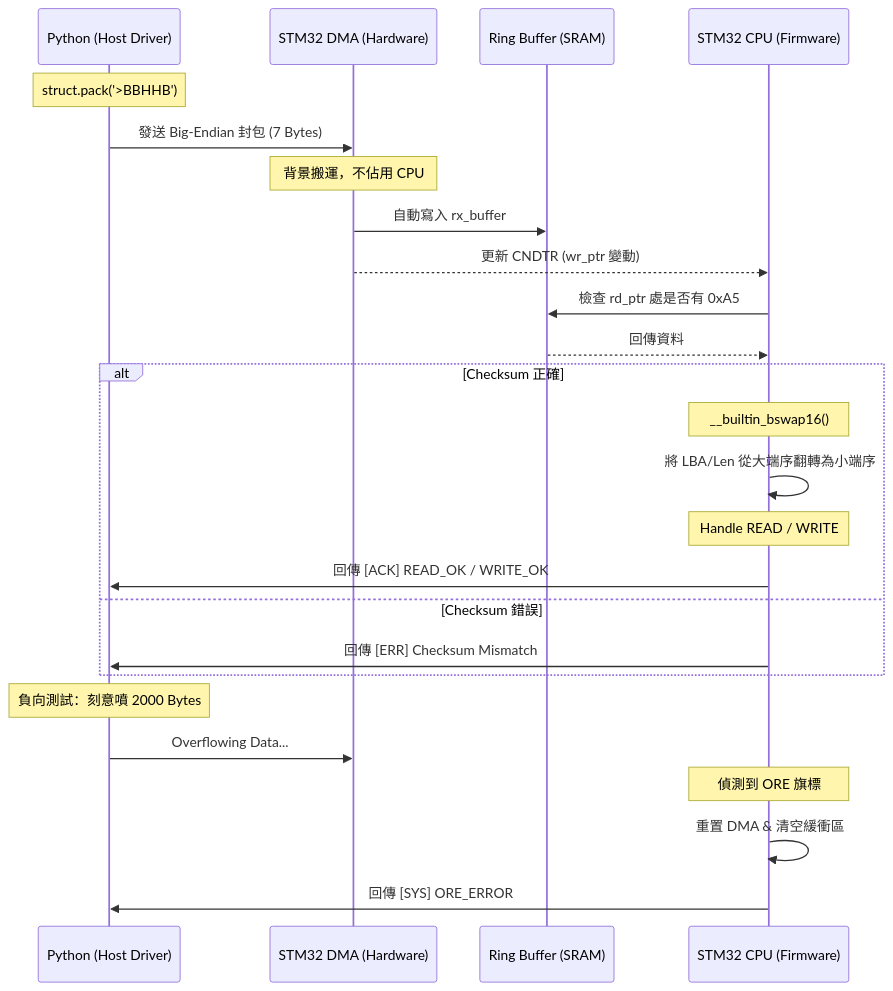
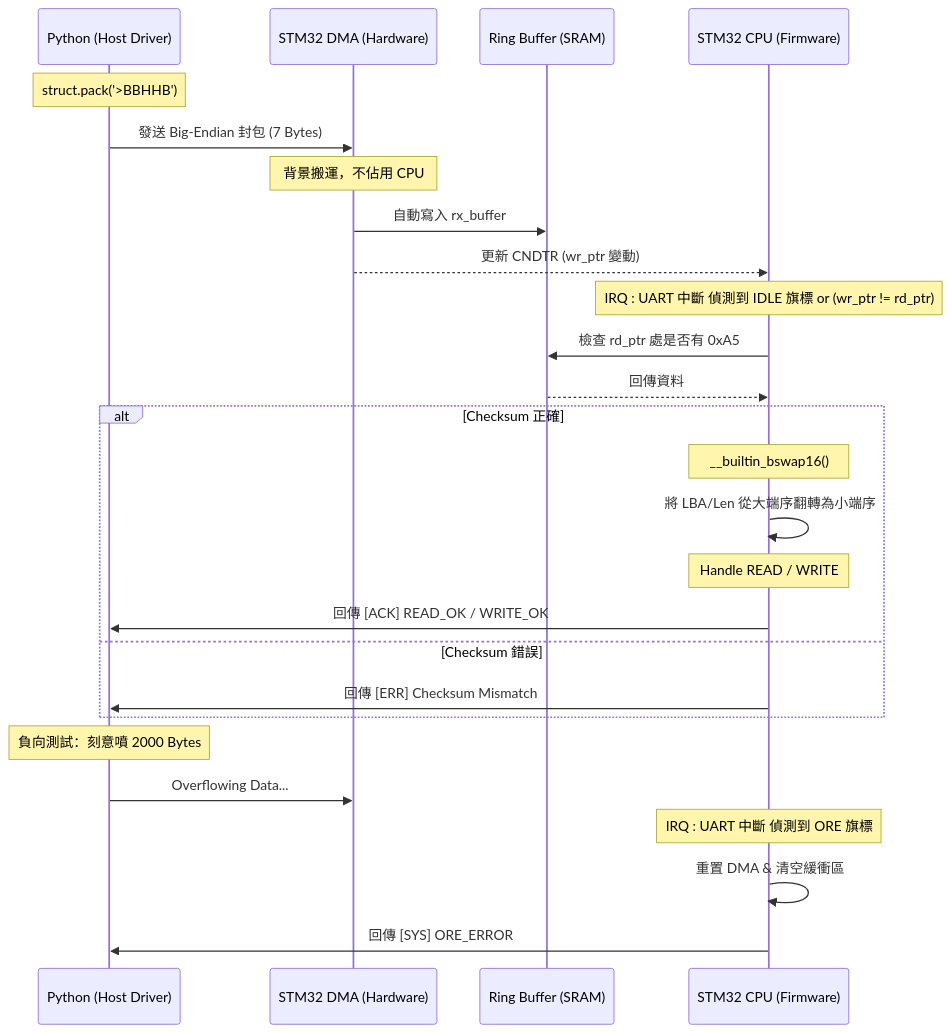
One commit to PlusRon/Firmware-STM32-SSD-Emulator changed the second of 3 diagrams in README_FILE/Mermaid_Diagram/NVMe_Protocol_Architecture.md. Above: the diagram before and after it, drawn with Mermaid.

````diff
--- a/README_FILE/Mermaid_Diagram/NVMe_Protocol_Architecture.md
+++ b/README_FILE/Mermaid_Diagram/NVMe_Protocol_Architecture.md
@@ -37,34 +37,35 @@
 ```mermaid
 sequenceDiagram
     participant Host as Python (Host Driver)
     participant DMA as STM32 DMA (Hardware)
     participant Buffer as Ring Buffer (SRAM)
     participant CPU as STM32 CPU (Firmware)
 
     Note over Host: struct.pack('>BBHHB')
     Host->>DMA: 發送 Big-Endian 封包 (7 Bytes)
     
     Note over DMA: 背景搬運，不佔用 CPU
     DMA->>Buffer: 自動寫入 rx_buffer
     DMA-->>CPU: 更新 CNDTR (wr_ptr 變動)
+    Note over CPU: IRQ : UART 中斷 偵測到 IDLE 旗標 or (wr_ptr != rd_ptr)
 
     CPU->>Buffer: 檢查 rd_ptr 處是否有 0xA5
     Buffer-->>CPU: 回傳資料
     
     alt Checksum 正確
         Note over CPU: __builtin_bswap16()
         CPU->>CPU: 將 LBA/Len 從大端序翻轉為小端序
         Note over CPU: Handle READ / WRITE
         CPU->>Host: 回傳 [ACK] READ_OK / WRITE_OK
     else Checksum 錯誤
         CPU->>Host: 回傳 [ERR] Checksum Mismatch
     end
 
     
 
     Note over Host: 負向測試：刻意噴 2000 Bytes
     Host->>DMA: Overflowing Data...
-    Note over CPU: 偵測到 ORE 旗標
+    Note over CPU: IRQ : UART 中斷 偵測到 ORE 旗標
     CPU->>CPU: 重置 DMA & 清空緩衝區
     CPU->>Host: 回傳 [SYS] ORE_ERROR
 ```
````
